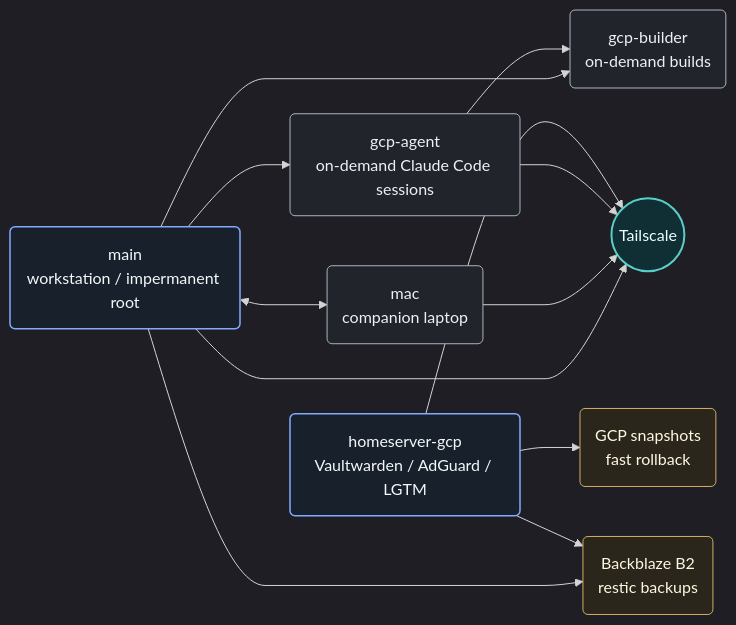
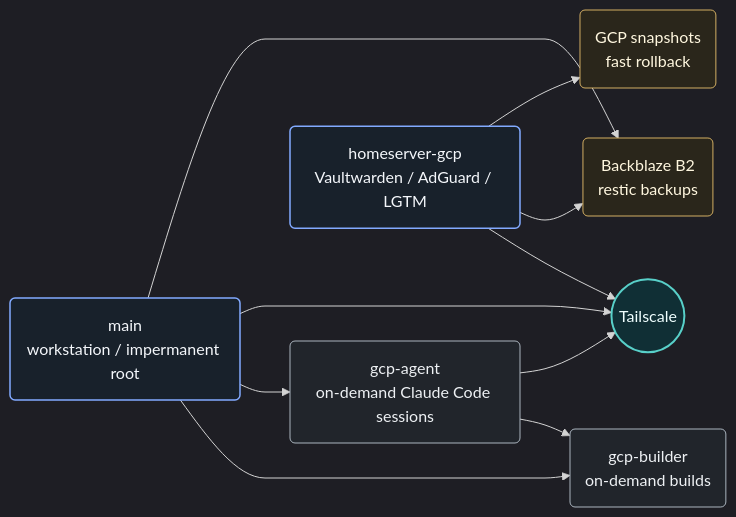
One commit to FilipNowakowicz/nixos-config changed the diagram in README.md. Above: the diagram before and after it, drawn with Mermaid. The commit also changed other lines of this file and 42 other files, not shown here.

````diff
--- a/README.md
+++ b/README.md
@@ -74,33 +74,30 @@
 ```mermaid
 %%{init: {"flowchart": {"curve": "monotoneX"}, "theme": "dark"}}%%
 flowchart LR
   main("main<br/>workstation / impermanent root")
-  mac("mac<br/>companion laptop")
   builder("gcp-builder<br/>on-demand builds")
   agent("gcp-agent<br/>on-demand Claude Code sessions")
   homeserver("homeserver-gcp<br/>Vaultwarden / AdGuard / LGTM")
   tailnet(("Tailscale"))
   b2("Backblaze B2<br/>restic backups")
   snapshots("GCP snapshots<br/>fast rollback")
 
-  main <--> mac
   main --> builder
   main --> agent
   agent --> builder
   main --> tailnet
-  mac --> tailnet
   agent --> tailnet
   homeserver --> tailnet
   main --> b2
   homeserver --> b2
   homeserver --> snapshots
 
   classDef primary fill:#18212b,stroke:#82aaff,color:#f4f7fb,stroke-width:1.5px
   classDef secondary fill:#21252b,stroke:#aab4be,color:#eef1f4
   classDef storage fill:#2a261b,stroke:#d2ae63,color:#fff7df
   classDef network fill:#102f35,stroke:#58d0c9,color:#f0ffff,stroke-width:2px
   class main,homeserver primary
-  class mac,builder,agent secondary
+  class builder,agent secondary
   class b2,snapshots storage
   class tailnet network
 ```
````
